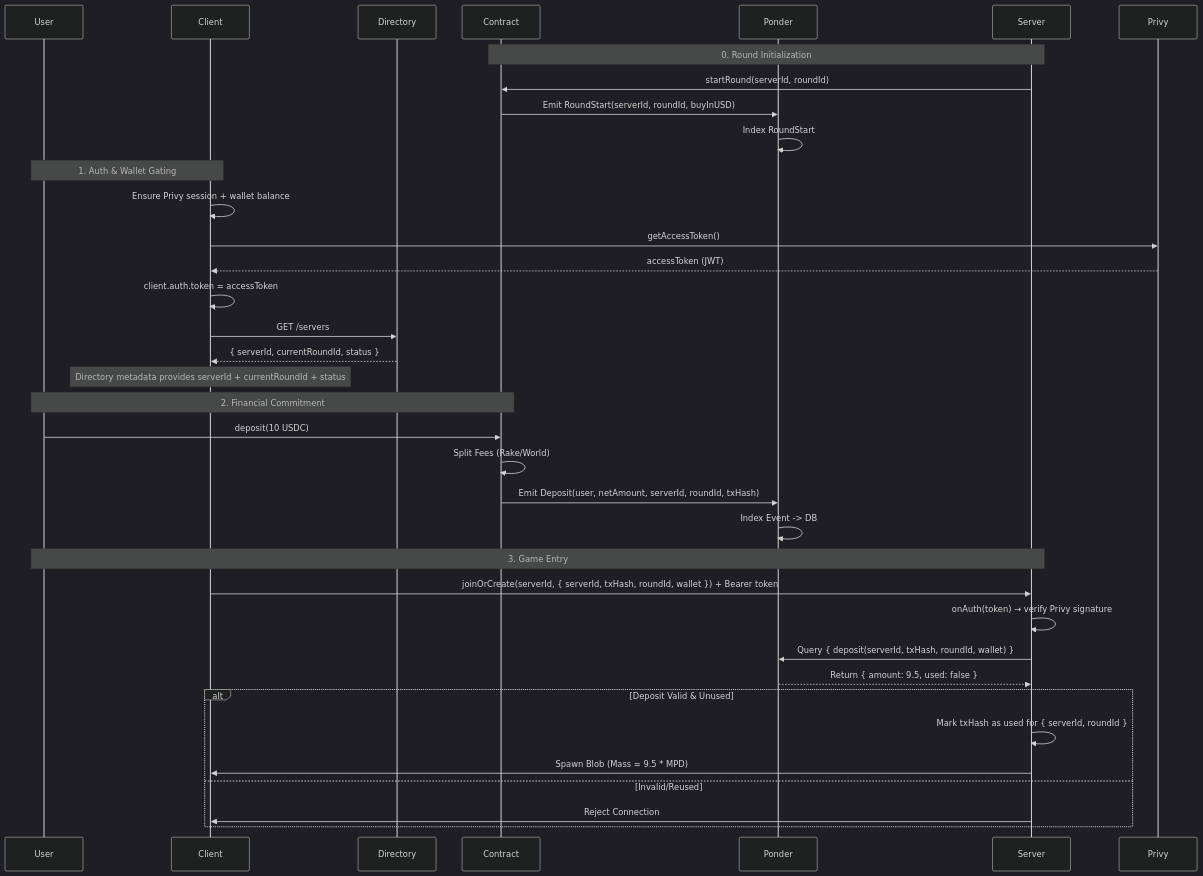
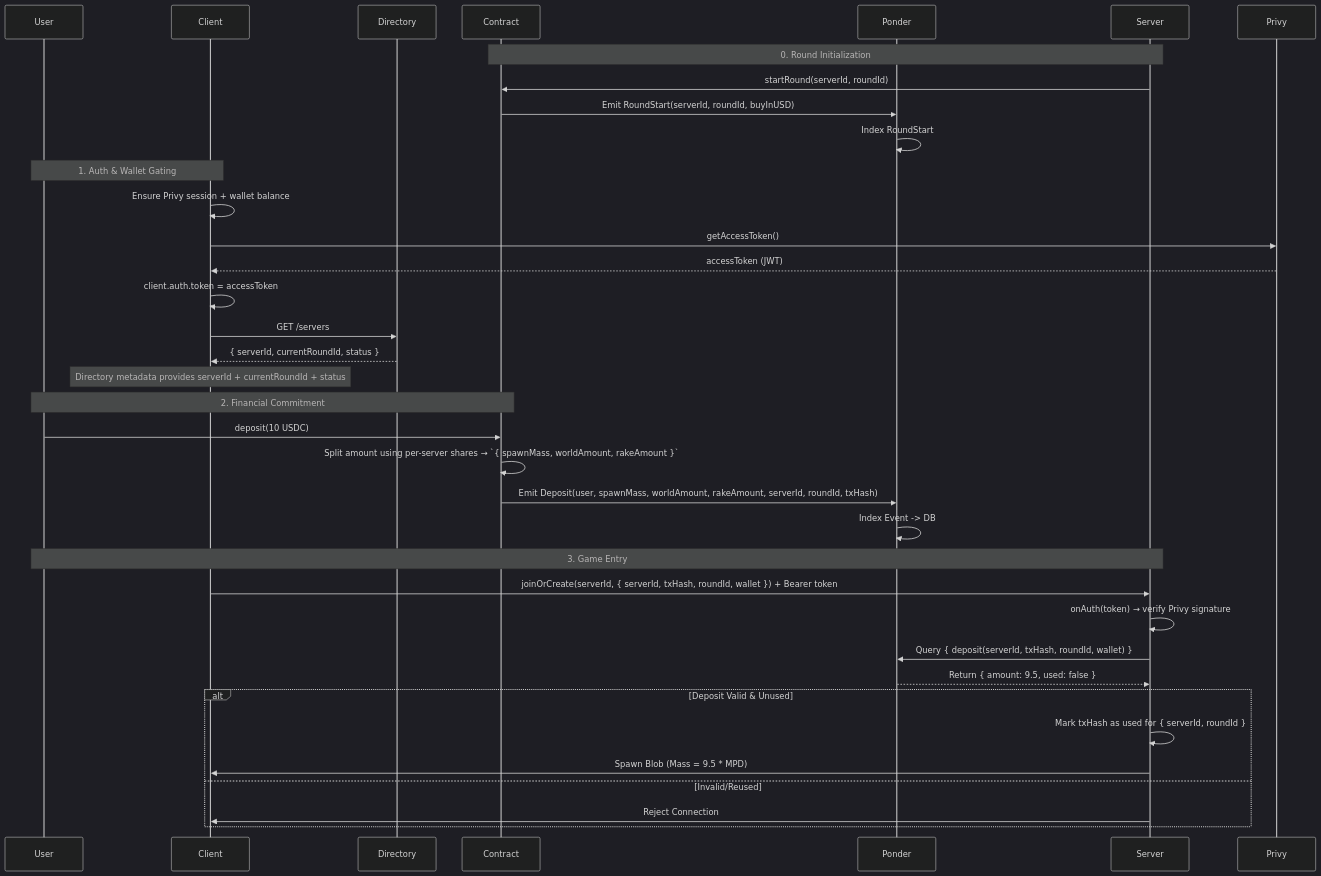
The second of 8 diagrams in ARCHITECTURE.md (TheExpandingPolytope/goonverse), drawn with Mermaid (dark theme) before and after one commit. The commit also changed other lines of this file, not shown here.

````diff
--- a/ARCHITECTURE.md
+++ b/ARCHITECTURE.md
@@ -184,42 +186,42 @@
 ```mermaid
 sequenceDiagram
     participant User
     participant Client
     participant Directory
     participant Contract
     participant Ponder
     participant Server
 
     Note over Server, Contract: 0. Round Initialization
     Server->>Contract: startRound(serverId, roundId)
     Contract->>Ponder: Emit RoundStart(serverId, roundId, buyInUSD)
     Ponder->>Ponder: Index RoundStart
 
     Note over User, Client: 1. Auth & Wallet Gating
     Client->>Client: Ensure Privy session + wallet balance
     Client->>Privy: getAccessToken()
     Privy-->>Client: accessToken (JWT)
     Client->>Client: client.auth.token = accessToken
     Client->>Directory: GET /servers
     Directory-->>Client: { serverId, currentRoundId, status }
     Note over Client: Directory metadata provides serverId + currentRoundId + status
 
     Note over User, Contract: 2. Financial Commitment
     User->>Contract: deposit(10 USDC)
-    Contract->>Contract: Split Fees (Rake/World)
-    Contract->>Ponder: Emit Deposit(user, netAmount, serverId, roundId, txHash)
+    Contract->>Contract: Split amount using per-server shares → `{ spawnMass, worldAmount, rakeAmount }`
+    Contract->>Ponder: Emit Deposit(user, spawnMass, worldAmount, rakeAmount, serverId, roundId, txHash)
     Ponder->>Ponder: Index Event -> DB
 
     Note over User, Server: 3. Game Entry
     Client->>Server: joinOrCreate(serverId, { serverId, txHash, roundId, wallet }) + Bearer token
     Server->>Server: onAuth(token) → verify Privy signature
     Server->>Ponder: Query { deposit(serverId, txHash, roundId, wallet) }
     Ponder-->>Server: Return { amount: 9.5, used: false }
     
     alt Deposit Valid & Unused
         Server->>Server: Mark txHash as used for { serverId, roundId }
         Server->>Client: Spawn Blob (Mass = 9.5 * MPD)
     else Invalid/Reused
         Server->>Client: Reject Connection
     end
 ```
````
